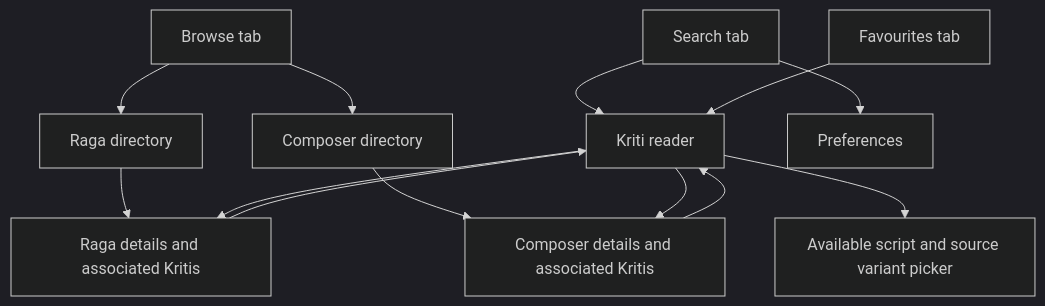
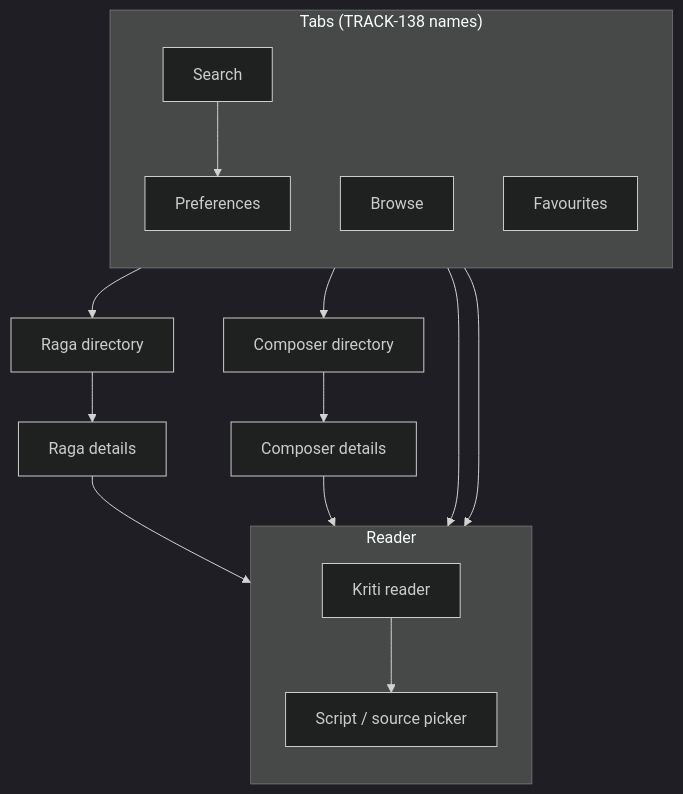
The diagram in application_documentation/01-requirements/mobile/rasika-mvp-analysis.md (carnaticlabs/Sangeetha-Grantha), drawn with Mermaid (dark theme) before and after one commit. The commit also changed other lines of this file and 292 other files, not shown here.

````diff
--- a/application_documentation/01-requirements/mobile/rasika-mvp-analysis.md
+++ b/application_documentation/01-requirements/mobile/rasika-mvp-analysis.md
@@ -101,15 +102,25 @@
 ```mermaid
-flowchart TD
-    S[Search tab] --> K[Kriti reader]
-    B[Browse tab] --> R[Raga directory]
+flowchart TB
+    subgraph tabs["Tabs (TRACK-138 names)"]
+        direction TB
+        S[Search]
+        B[Browse]
+        F[Favourites]
+        P[Preferences]
+    end
+    subgraph reader["Reader"]
+        direction TB
+        K[Kriti reader]
+        V[Script / source picker]
+    end
+    S --> K
+    B --> R[Raga directory]
     B --> C[Composer directory]
-    R --> RD[Raga details and associated Kritis]
-    C --> CD[Composer details and associated Kritis]
+    R --> RD[Raga details]
+    C --> CD[Composer details]
     RD --> K
     CD --> K
-    F[Favourites tab] --> K
-    K --> RD
-    K --> CD
-    K --> V[Available script and source variant picker]
-    S --> P[Preferences]
+    F --> K
+    K --> V
+    S --> P
 ```
````
